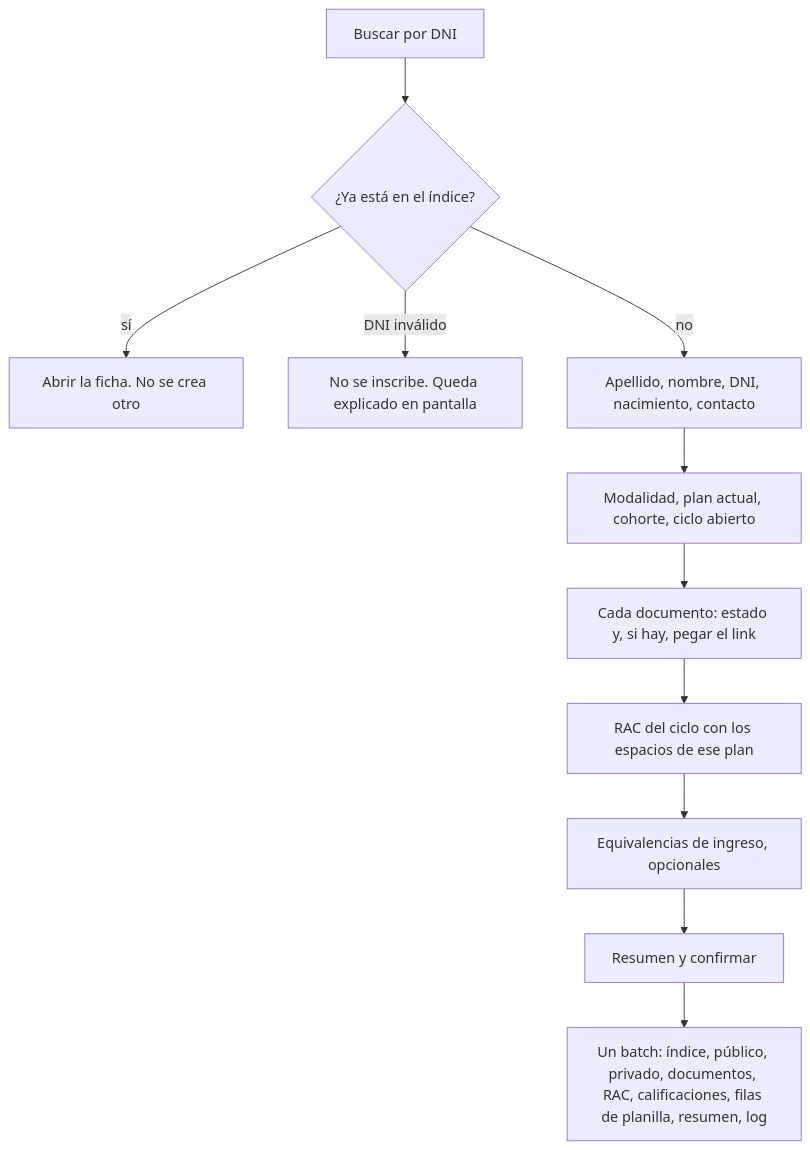
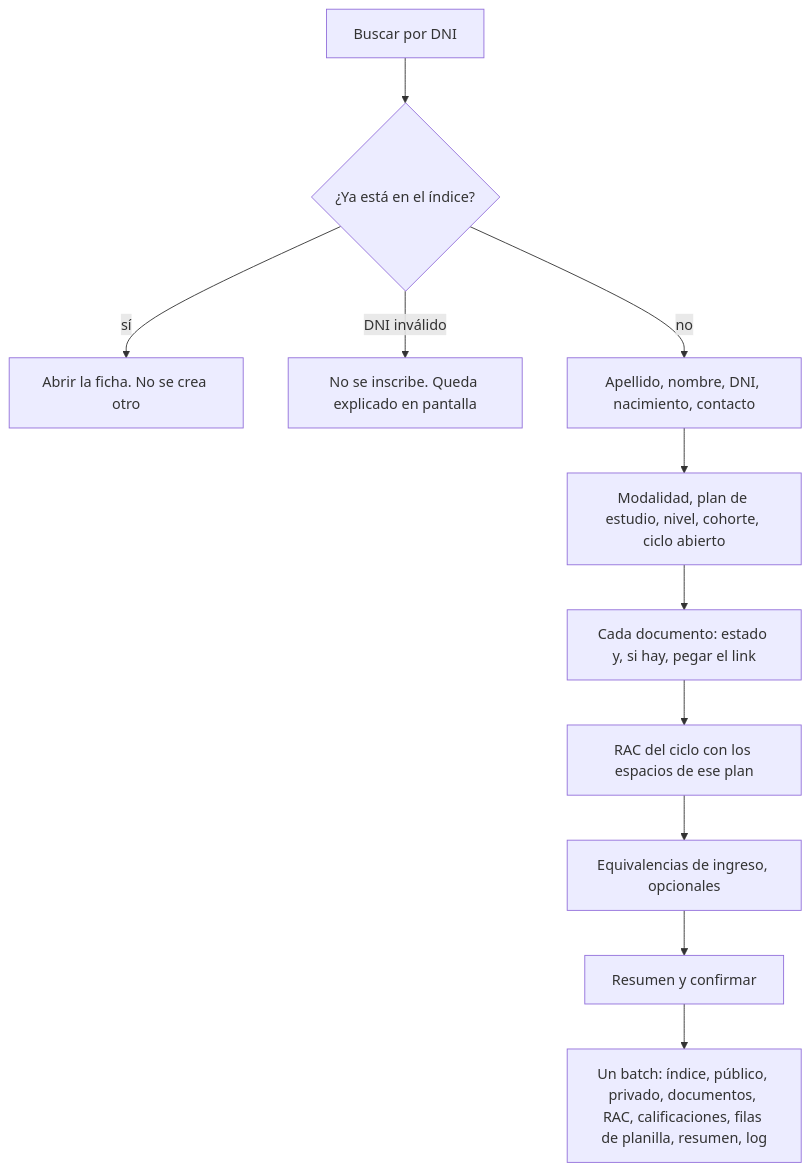
One commit to NahuelPardo89/ceijahigueras changed the first of 2 diagrams in docs/PLAN_REDISENO.md. Above: the diagram before and after it, drawn with Mermaid. The commit also changed other lines of this file, not shown here.

First line of the commit message:
docs: cerrar currícula, asistencia y bajas en el plan

````diff
--- a/docs/PLAN_REDISENO.md
+++ b/docs/PLAN_REDISENO.md
@@ -293,13 +349,13 @@
 ```mermaid
 flowchart TD
   buscar["Buscar por DNI"] --> existe{"¿Ya está en el índice?"}
   existe -->|sí| ficha["Abrir la ficha. No se crea otro"]
   existe -->|DNI inválido| corte["No se inscribe. Queda explicado en pantalla"]
   existe -->|no| identidad["Apellido, nombre, DNI, nacimiento, contacto"]
-  identidad --> cursado["Modalidad, plan actual, cohorte, ciclo abierto"]
+  identidad --> cursado["Modalidad, plan de estudio, nivel, cohorte, ciclo abierto"]
   cursado --> docs["Cada documento: estado y, si hay, pegar el link"]
   docs --> rac["RAC del ciclo con los espacios de ese plan"]
   rac --> equiv["Equivalencias de ingreso, opcionales"]
   equiv --> confirmar["Resumen y confirmar"]
   confirmar --> batch["Un batch: índice, público, privado, documentos, RAC, calificaciones, filas de planilla, resumen, log"]
 ```
````
